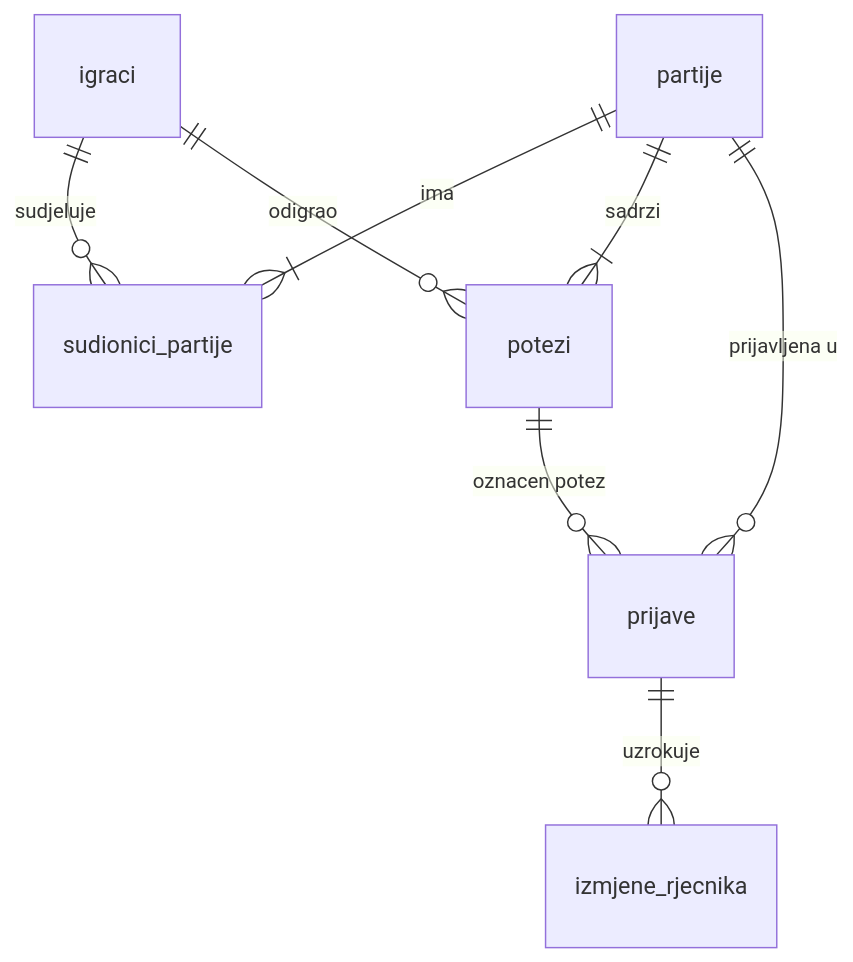
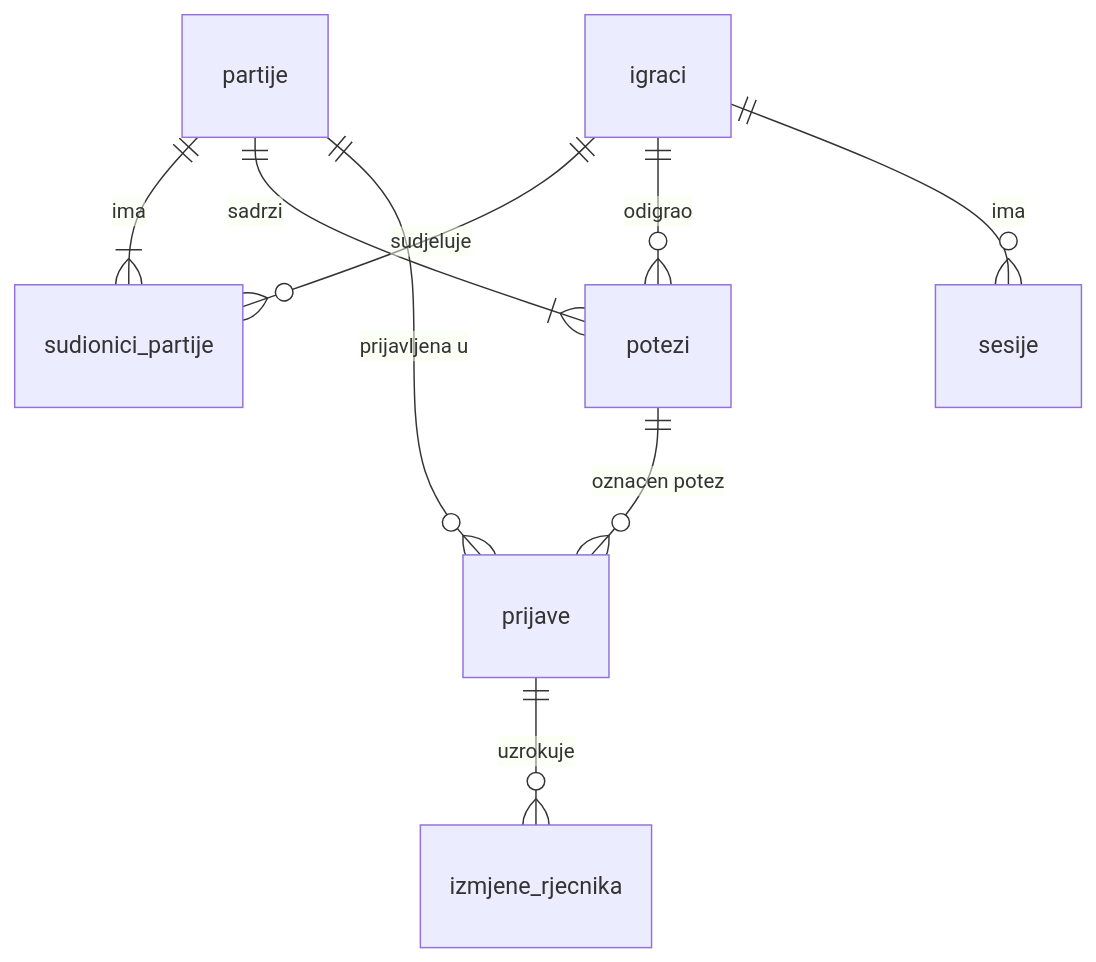
The diagram in docs/03-arhitektura/model-podataka.md (josipmestrovic/kaladont), drawn with Mermaid before and after one commit. The commit also changed other lines of this file and 40 other files, not shown here.

````diff
--- a/docs/03-arhitektura/model-podataka.md
+++ b/docs/03-arhitektura/model-podataka.md
@@ -5,10 +5,11 @@
 ```mermaid
 erDiagram
     igraci ||--o{ sudionici_partije : sudjeluje
     partije ||--|{ sudionici_partije : ima
     partije ||--|{ potezi : sadrzi
     igraci ||--o{ potezi : odigrao
+    igraci ||--o{ sesije : ima
     partije ||--o{ prijave : "prijavljena u"
     potezi ||--o{ prijave : "oznacen potez"
     prijave ||--o{ izmjene_rjecnika : uzrokuje
 ```
````
